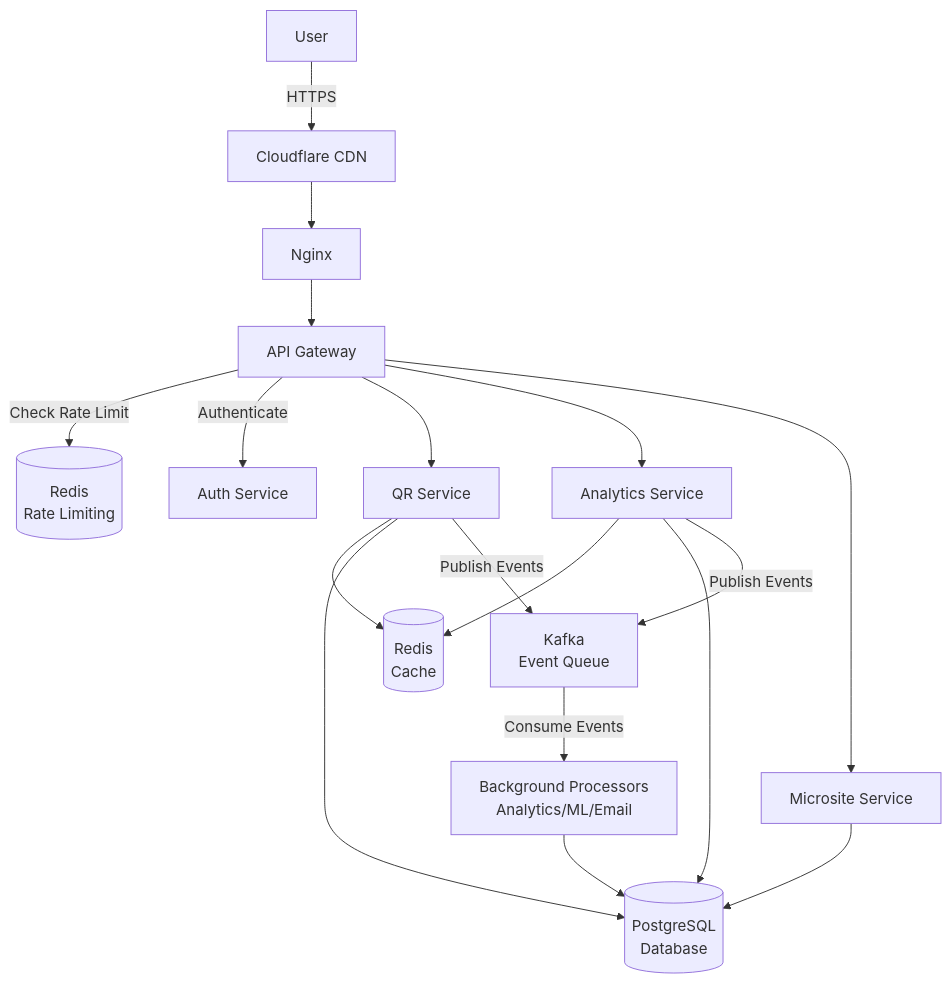
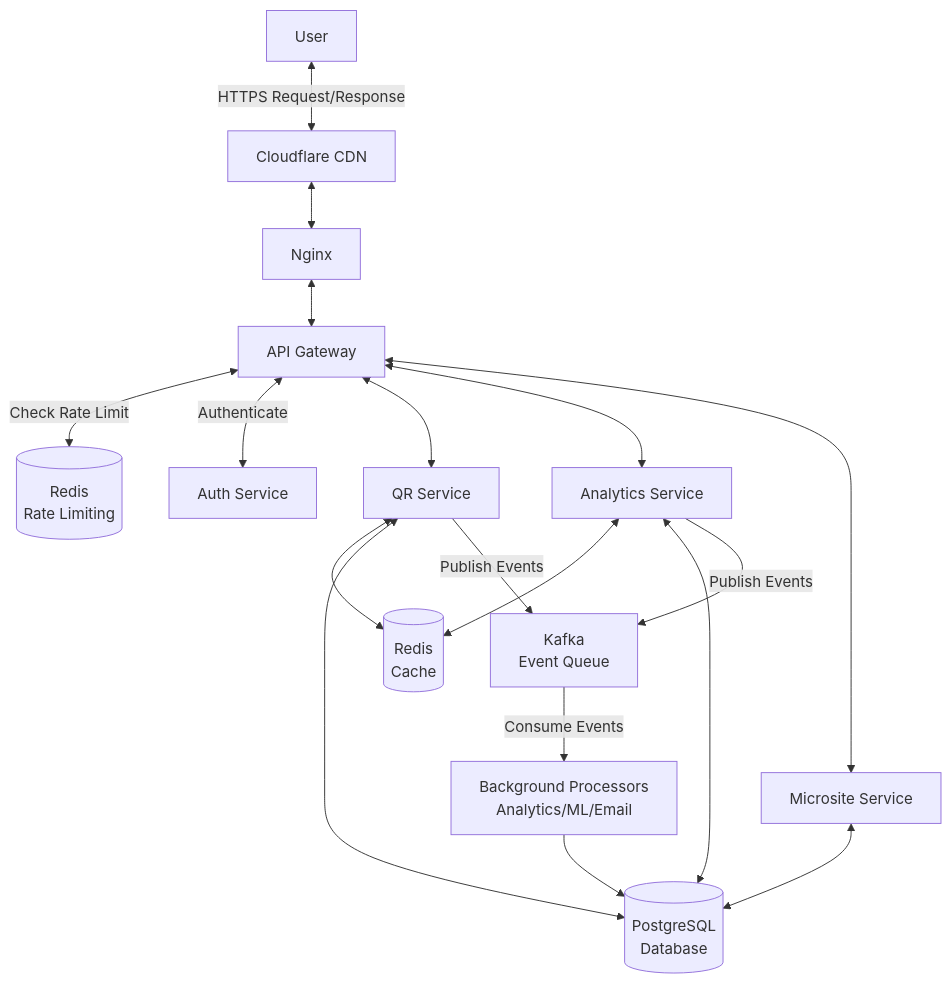
The first of 3 diagrams in README.md (Scanly-io/qr-backend), drawn with Mermaid before and after one commit. The commit also changed other lines of this file, not shown here.

Commit message:
Add bidirectional arrows to show complete request-response cycle

````diff
--- a/README.md
+++ b/README.md
@@ -222,41 +222,41 @@
 ```mermaid
 flowchart TB
     User[User]
     CDN[Cloudflare CDN]
     Nginx[Nginx]
     Gateway[API Gateway]
     RateLimitRedis[(Redis<br/>Rate Limiting)]
     Auth[Auth Service]
     QR[QR Service]
     Analytics[Analytics Service]
     Microsite[Microsite Service]
     CacheRedis[(Redis<br/>Cache)]
     Postgres[(PostgreSQL<br/>Database)]
     KafkaQueue[Kafka<br/>Event Queue]
     EventConsumers[Background Processors<br/>Analytics/ML/Email]
     
-    User -->|HTTPS| CDN
-    CDN --> Nginx
-    Nginx --> Gateway
+    User <-->|HTTPS Request/Response| CDN
+    CDN <--> Nginx
+    Nginx <--> Gateway
     
-    Gateway -->|Check Rate Limit| RateLimitRedis
-    Gateway -->|Authenticate| Auth
+    Gateway <-->|Check Rate Limit| RateLimitRedis
+    Gateway <-->|Authenticate| Auth
     
-    Gateway --> QR
-    Gateway --> Analytics
-    Gateway --> Microsite
+    Gateway <--> QR
+    Gateway <--> Analytics
+    Gateway <--> Microsite
     
-    QR --> CacheRedis
-    QR --> Postgres
+    QR <--> CacheRedis
+    QR <--> Postgres
     
-    Analytics --> CacheRedis
-    Analytics --> Postgres
+    Analytics <--> CacheRedis
+    Analytics <--> Postgres
     
-    Microsite --> Postgres
+    Microsite <--> Postgres
     
     QR -->|Publish Events| KafkaQueue
     Analytics -->|Publish Events| KafkaQueue
     
     KafkaQueue -->|Consume Events| EventConsumers
     EventConsumers --> Postgres
 ```
````
